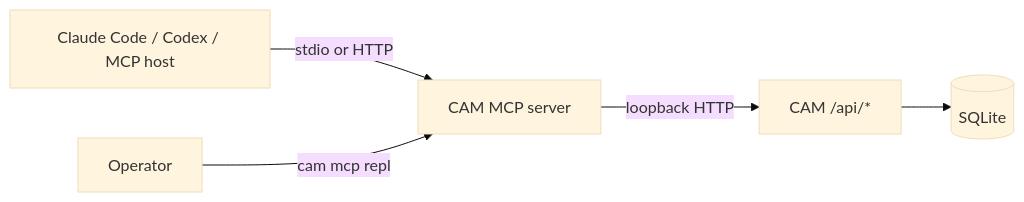
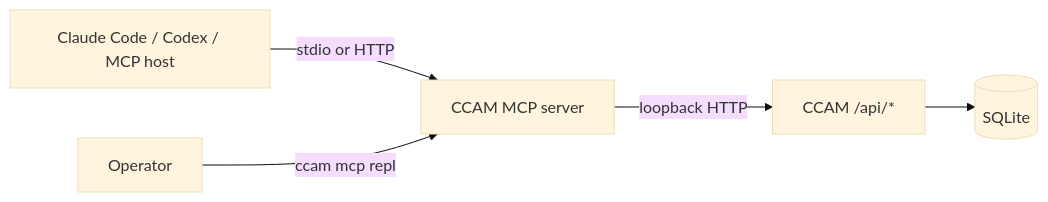
One commit to buluma/Code-Agent-Monitor changed the diagram in mcp/README.md. Above: the diagram before and after it, drawn with Mermaid (base theme). The commit also changed other lines of this file and 1142 other files, not shown here.

````diff
--- a/mcp/README.md
+++ b/mcp/README.md
@@ -10,7 +7,7 @@
 ```mermaid
 flowchart LR
-    H["Claude Code / Codex / MCP host"] -->|stdio or HTTP| M["CAM MCP server"]
-    R["Operator"] -->|cam mcp repl| M
-    M -->|loopback HTTP| A["CAM /api/*"]
+    H["Claude Code / Codex / MCP host"] -->|stdio or HTTP| M["CCAM MCP server"]
+    R["Operator"] -->|ccam mcp repl| M
+    M -->|loopback HTTP| A["CCAM /api/*"]
     A --> D[(SQLite)]
 ```
````
